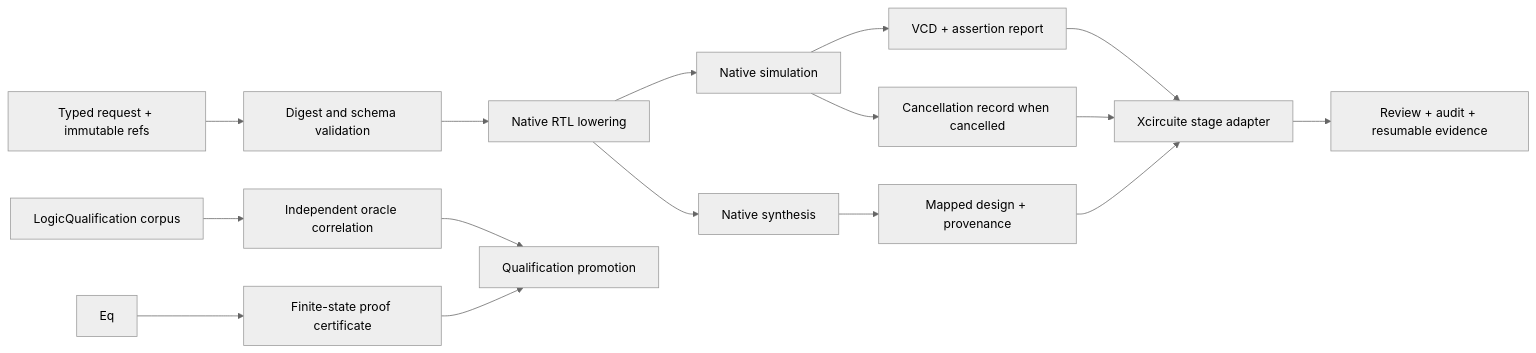
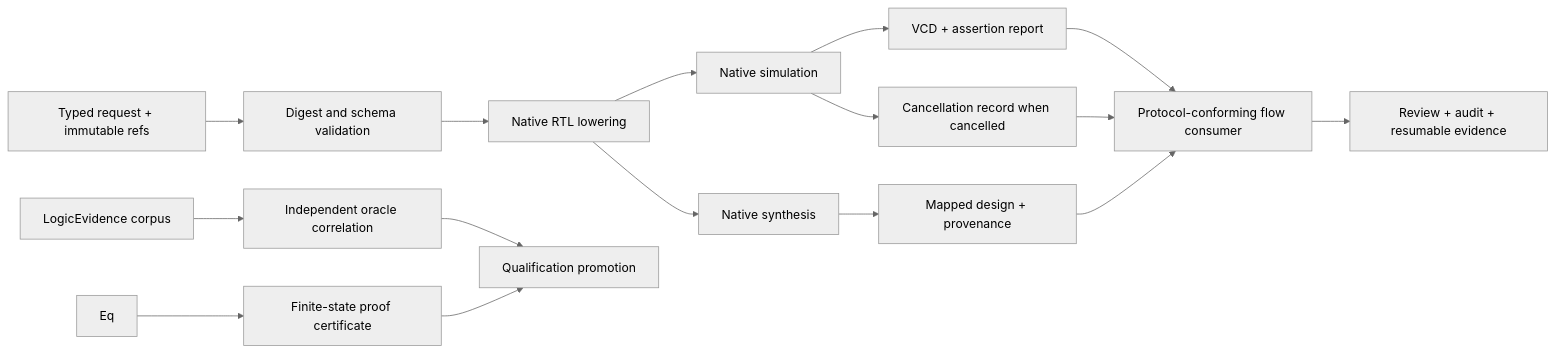
One commit to 1amageek/LogicEngine changed the diagram in README.md. Above: the diagram before and after it, drawn with Mermaid (neutral theme). The commit also changed other lines of this file and 63 other files, not shown here.

Commit message:
Replace logic qualification with execution evidence

````diff
--- a/README.md
+++ b/README.md
@@ -201,18 +197,18 @@
 ```mermaid
 flowchart LR
     Request["Typed request + immutable refs"] --> Verify["Digest and schema validation"]
     Verify --> Lower["Native RTL lowering"]
     Lower --> Sim["Native simulation"]
     Lower --> Syn["Native synthesis"]
     Sim --> SimArtifacts["VCD + assertion report"]
     Sim --> CancelArtifacts["Cancellation record when cancelled"]
     Syn --> SynArtifacts["Mapped design + provenance"]
-    SimArtifacts --> Flow["Xcircuite stage adapter"]
+    SimArtifacts --> Flow["Protocol-conforming flow consumer"]
     CancelArtifacts --> Flow
     SynArtifacts --> Flow
     Flow --> Review["Review + audit + resumable evidence"]
-    Corpus["LogicQualification corpus"] --> Oracle["Independent oracle correlation"]
+    Corpus["LogicEvidence corpus"] --> Oracle["Independent oracle correlation"]
     Oracle --> Promotion["Qualification promotion"]
     Eq --> Certificate["Finite-state proof certificate"]
     Certificate --> Promotion
 ```
````
